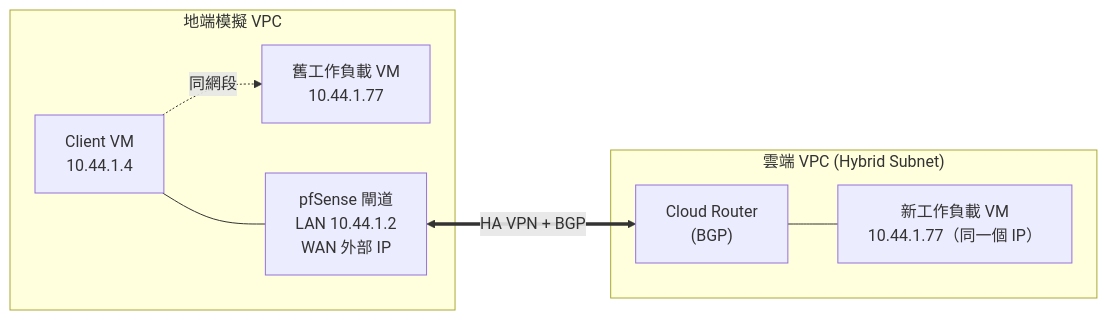
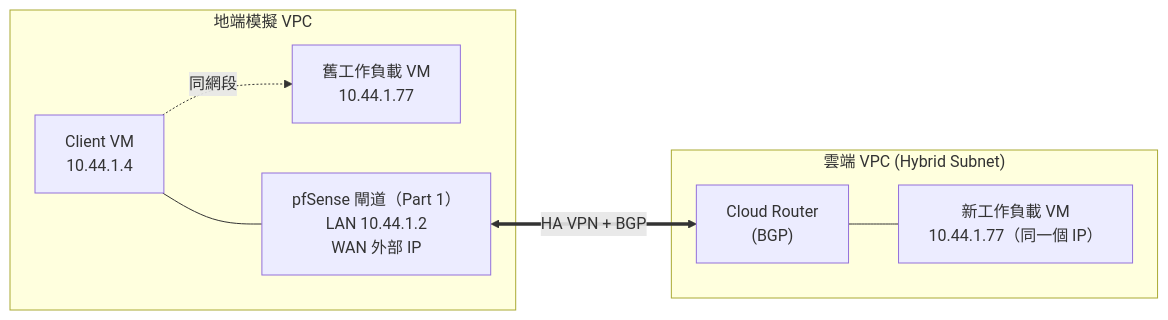
One commit to terensy/gcp-hybrid-subnets-lab changed the diagram in README.md. Above: the diagram before and after it, drawn with Mermaid. The commit also changed other lines of this file and 1 other file, not shown here.

First line of the commit message:
Merge pfsense-on-gcp into this repo as Part 1 of one build guide

````diff
--- a/README.md
+++ b/README.md
@@ -17,18 +277,18 @@
 ```mermaid
 flowchart LR
     subgraph OnPrem["地端模擬 VPC"]
         Client["Client VM<br/>10.44.1.4"]
         OldVM["舊工作負載 VM<br/>10.44.1.77"]
-        pfSense["pfSense 閘道<br/>LAN 10.44.1.2<br/>WAN 外部 IP"]
+        pfSense["pfSense 閘道（Part 1）<br/>LAN 10.44.1.2<br/>WAN 外部 IP"]
         Client -.同網段.-> OldVM
         Client --- pfSense
     end
 
     subgraph Cloud["雲端 VPC (Hybrid Subnet)"]
         NewVM["新工作負載 VM<br/>10.44.1.77（同一個 IP）"]
         Router["Cloud Router<br/>(BGP)"]
         Router --- NewVM
     end
 
     pfSense <== "HA VPN + BGP" ==> Router
 ```
````
